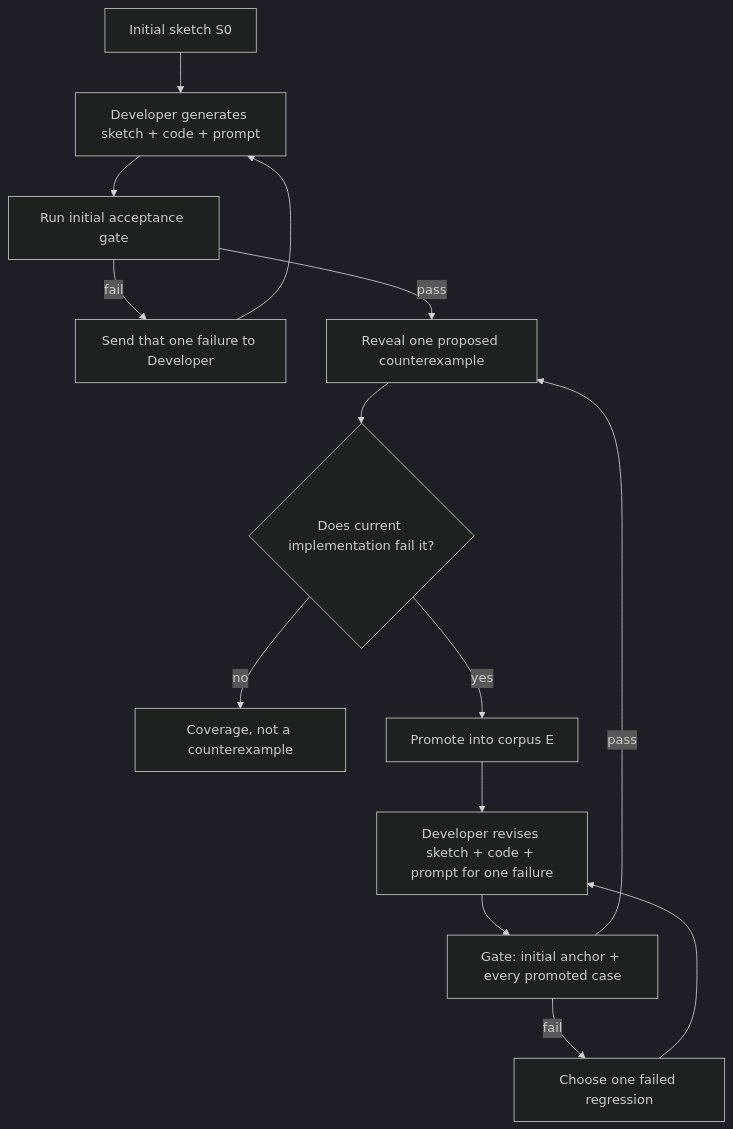
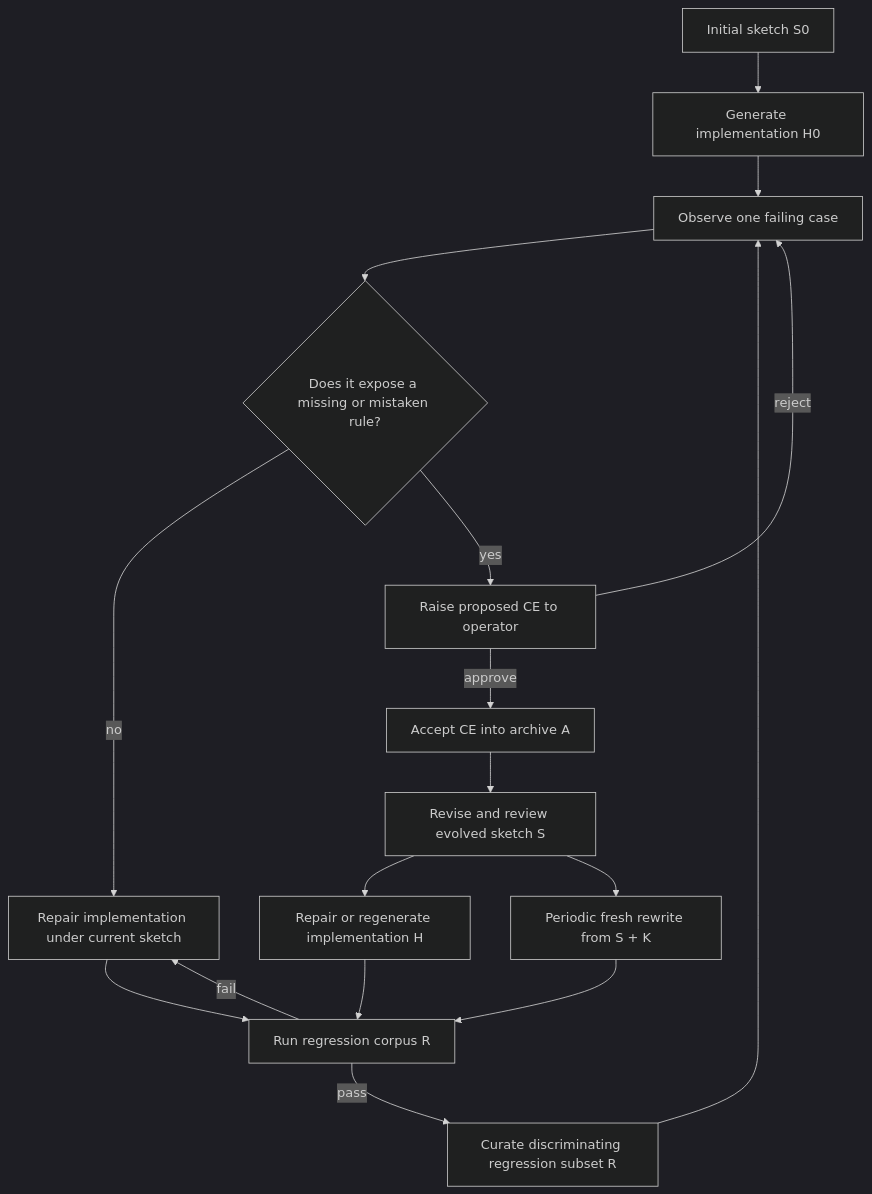
One commit to open-horizon-labs/counterexample-supplemented-sketches changed the diagram in README.md. Above: the diagram before and after it, drawn with Mermaid (dark theme). The commit also changed other lines of this file and 36 other files, not shown here.

Commit message:
Clarify the evolved-sketch method

````diff
--- a/README.md
+++ b/README.md
@@ -41,16 +52,19 @@
 ```mermaid
 flowchart TD
-    S0["Initial sketch S0"] --> D0["Developer generates sketch + code + prompt"]
-    D0 --> G0["Run initial acceptance gate"]
-    G0 -->|fail| F0["Send that one failure to Developer"]
-    F0 --> D0
-    G0 -->|pass| N["Reveal one proposed counterexample"]
-    N --> P{"Does current implementation fail it?"}
-    P -->|no| C["Coverage, not a counterexample"]
-    P -->|yes| E["Promote into corpus E"]
-    E --> D["Developer revises sketch + code + prompt for one failure"]
-    D --> G["Gate: initial anchor + every promoted case"]
-    G -->|fail| R["Choose one failed regression"]
-    R --> D
-    G -->|pass| N
+    S0["Initial sketch S0"] --> H0["Generate implementation H0"]
+    H0 --> O["Observe one failing case"]
+    O --> Q{"Does it expose a missing or mistaken rule?"}
+    Q -->|no| B["Repair implementation under current sketch"]
+    B --> GR["Run regression corpus R"]
+    Q -->|yes| P["Raise proposed CE to operator"]
+    P -->|reject| O
+    P -->|approve| A["Accept CE into archive A"]
+    A --> S["Revise and review evolved sketch S"]
+    S --> H["Repair or regenerate implementation H"]
+    H --> GR
+    GR -->|fail| B
+    GR -->|pass| C["Curate discriminating regression subset R"]
+    C --> O
+    S --> F["Periodic fresh rewrite from S + K"]
+    F --> GR
 ```
````
